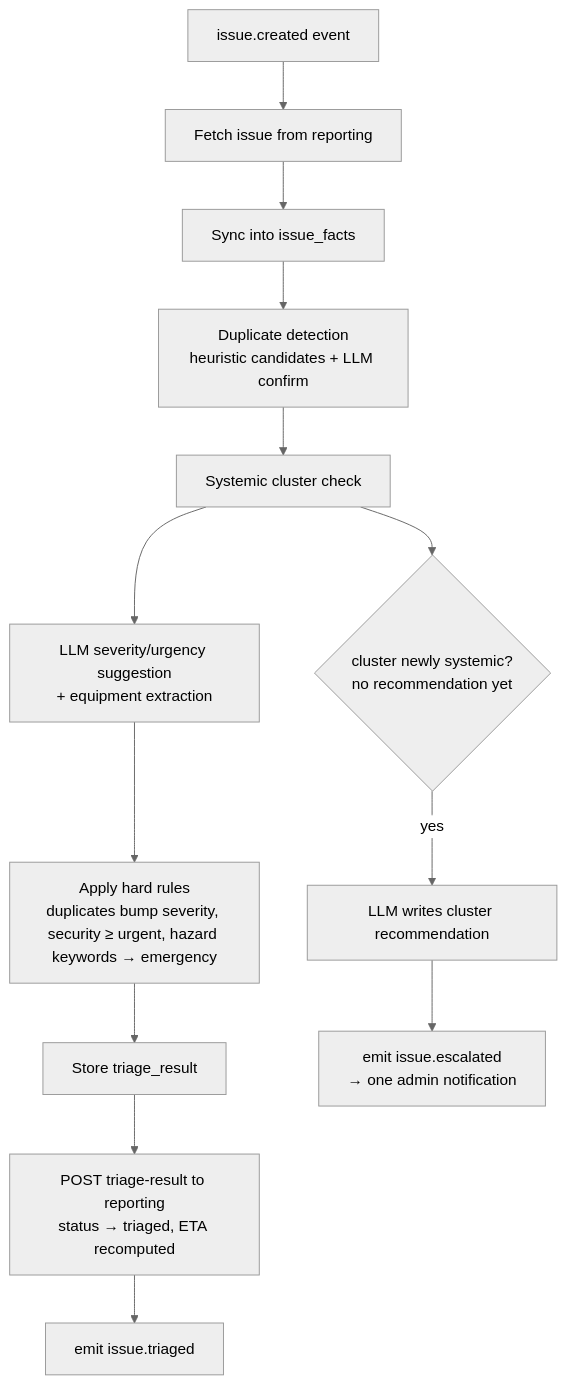
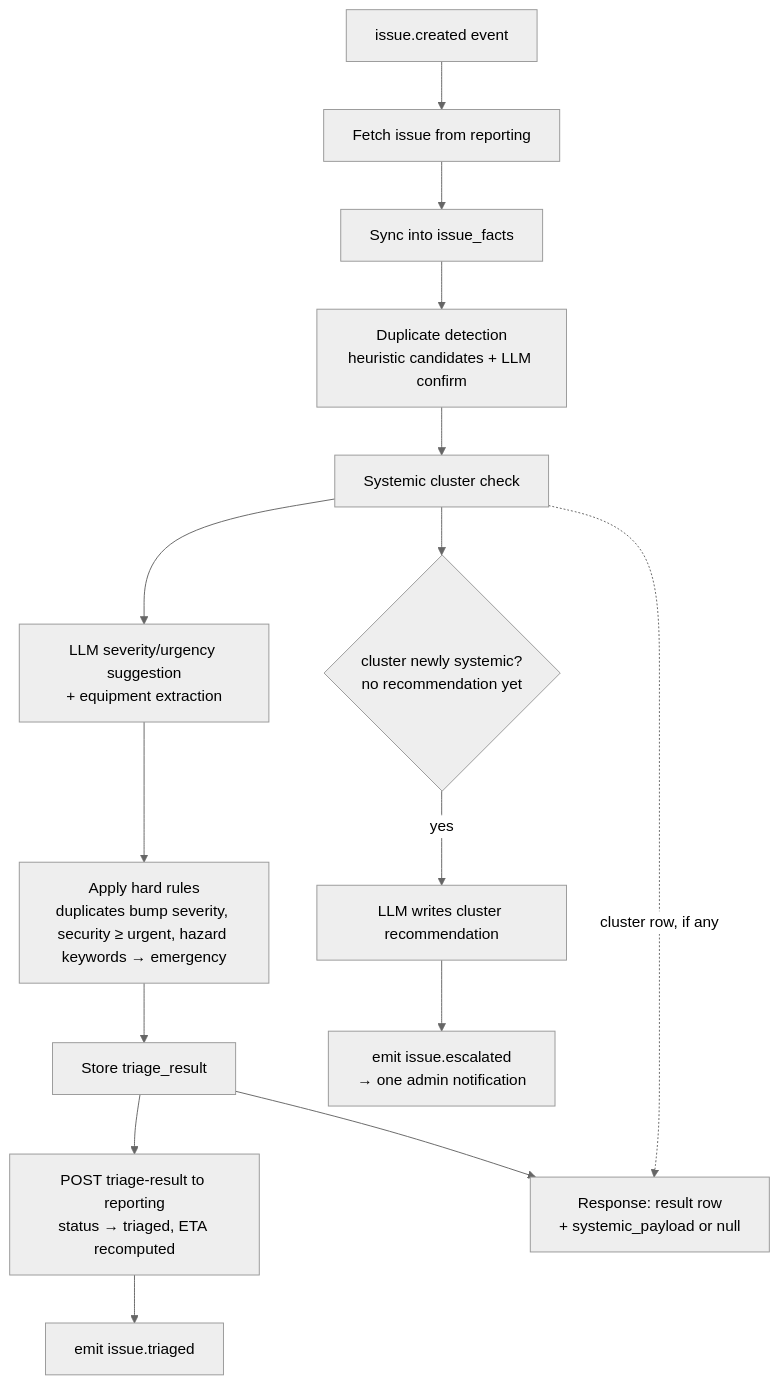
Before and after one commit to DeYuanChong/Incube2026_Grp3: the second of 2 diagrams in docs/05-triage-analytics.md, drawn with Mermaid (neutral theme). The commit also changed other lines of this file and 7 other files, not shown here.

````diff
--- a/docs/05-triage-analytics.md
+++ b/docs/05-triage-analytics.md
@@ -157,15 +221,17 @@
 ```mermaid
 flowchart TD
     A[issue.created event] --> B[Fetch issue from reporting]
     B --> C[Sync into issue_facts]
     C --> D[Duplicate detection<br/>heuristic candidates + LLM confirm]
     D --> E[Systemic cluster check]
     E --> F[LLM severity/urgency suggestion<br/>+ equipment extraction]
     F --> G[Apply hard rules<br/>duplicates bump severity, security ≥ urgent, hazard keywords → emergency]
     G --> H[Store triage_result]
     H --> I[POST triage-result to reporting<br/>status → triaged, ETA recomputed]
     I --> J[emit issue.triaged]
     E --> K{cluster newly systemic?<br/>no recommendation yet}
     K -- yes --> L[LLM writes cluster recommendation]
     L --> M[emit issue.escalated<br/>→ one admin notification]
+    H --> N[Response: result row<br/>+ systemic_payload or null]
+    E -.->|cluster row, if any| N
 ```
````
